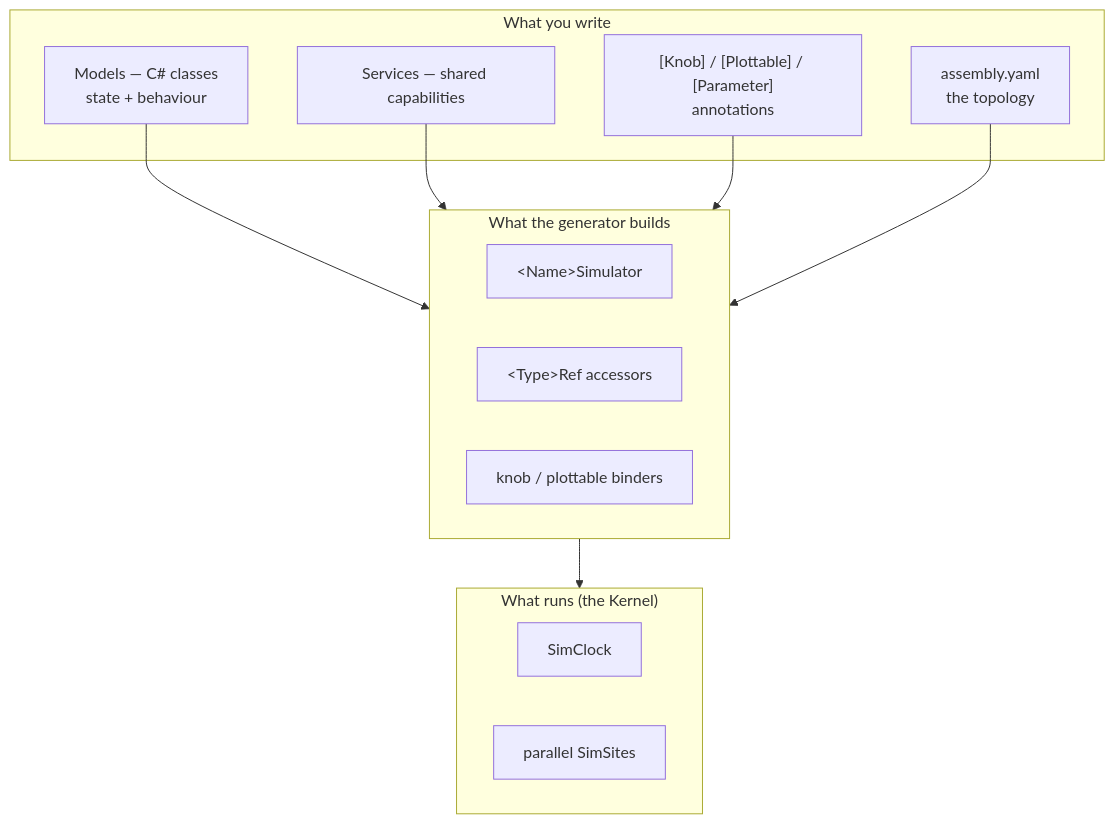
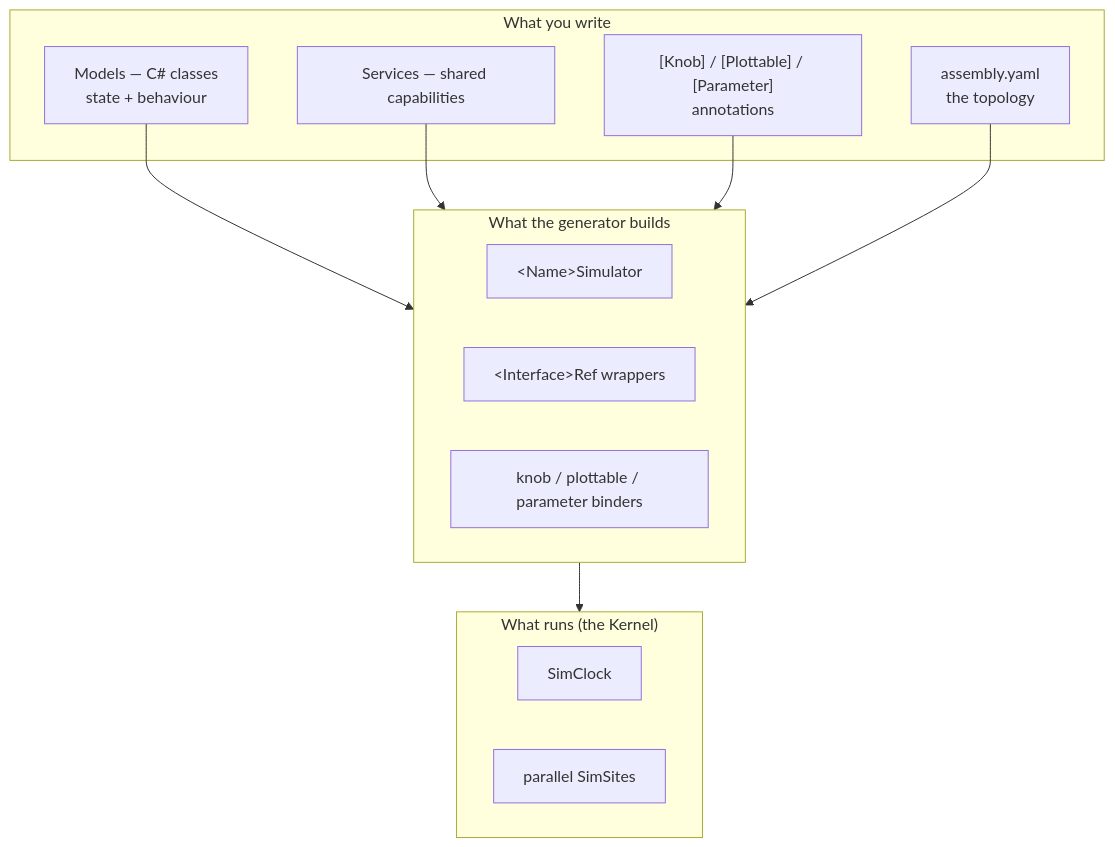
The diagram in public/content/introduction.md (SimulaSharp-org/simulasharp-docs), drawn with Mermaid before and after one commit. The commit also changed other lines of this file and 7 other files, not shown here.

````diff
--- a/public/content/introduction.md
+++ b/public/content/introduction.md
@@ -31,23 +31,23 @@
 ```mermaid
 flowchart TB
   subgraph AUTHOR["What you write"]
     M["Models — C# classes<br/>state + behaviour"]
     S["Services — shared capabilities"]
     K["[Knob] / [Plottable] / [Parameter]<br/>annotations"]
     Y["assembly.yaml<br/>the topology"]
   end
   subgraph GEN["What the generator builds"]
     SIM["&lt;Name&gt;Simulator"]
-    REF["&lt;Type&gt;Ref accessors"]
-    BIND["knob / plottable binders"]
+    REF["&lt;Interface&gt;Ref wrappers"]
+    BIND["knob / plottable / parameter binders"]
   end
   subgraph RUN["What runs (the Kernel)"]
     CLK["SimClock"]
     ST["parallel SimSites"]
   end
   M --> GEN
   S --> GEN
   K --> GEN
   Y --> GEN
   GEN --> RUN
 ```
````
